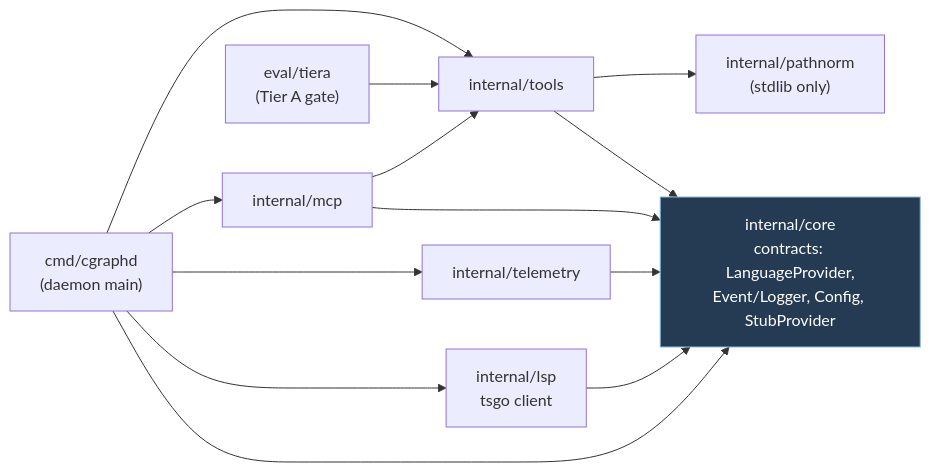
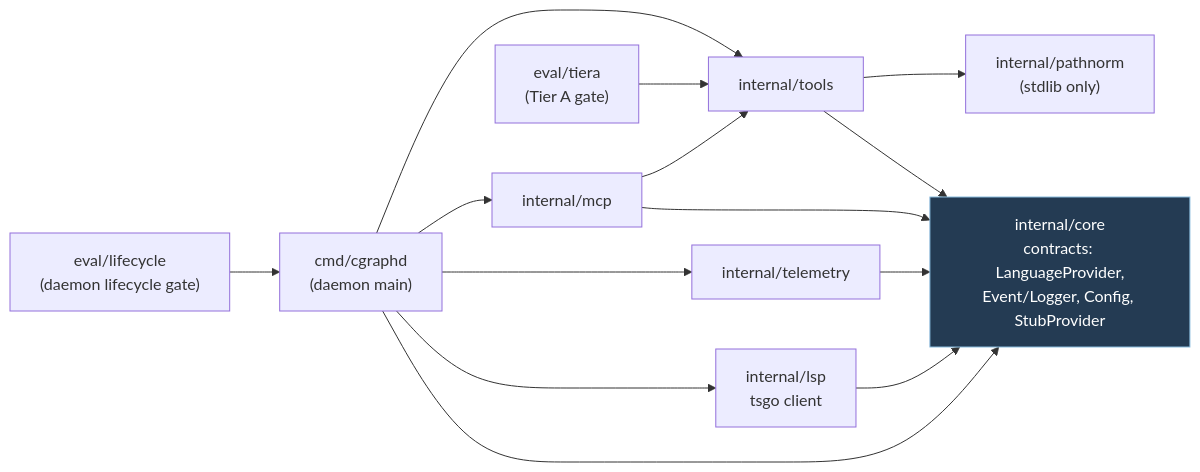
The fourth of 6 diagrams in ARCHITECTURE.md (skflowne/code-graph-harness), drawn with Mermaid before and after one commit. The commit also changed other lines of this file, not shown here.

Commit message:
docs: refresh architecture package and test counts

````diff
--- a/ARCHITECTURE.md
+++ b/ARCHITECTURE.md
@@ -159,27 +159,29 @@
 ```mermaid
 flowchart LR
     core["internal/core<br/>contracts: LanguageProvider,<br/>Event/Logger, Config, StubProvider"]
     lsp["internal/lsp<br/>tsgo client"]
     path["internal/pathnorm<br/>(stdlib only)"]
     tel["internal/telemetry"]
     tools["internal/tools"]
     mcp["internal/mcp"]
     cmd["cmd/cgraphd<br/>(daemon main)"]
     eval["eval/tiera<br/>(Tier A gate)"]
+    lifecycle["eval/lifecycle<br/>(daemon lifecycle gate)"]
 
     lsp --> core
     tel --> core
     tools --> core
     tools --> path
     mcp --> core
     mcp --> tools
     cmd --> core
     cmd --> lsp
     cmd --> tel
     cmd --> mcp
     cmd --> tools
     eval --> tools
+    lifecycle --> cmd
 
     classDef center fill:#243b53,stroke:#8bd,color:#fff;
     class core center;
 ```
````
